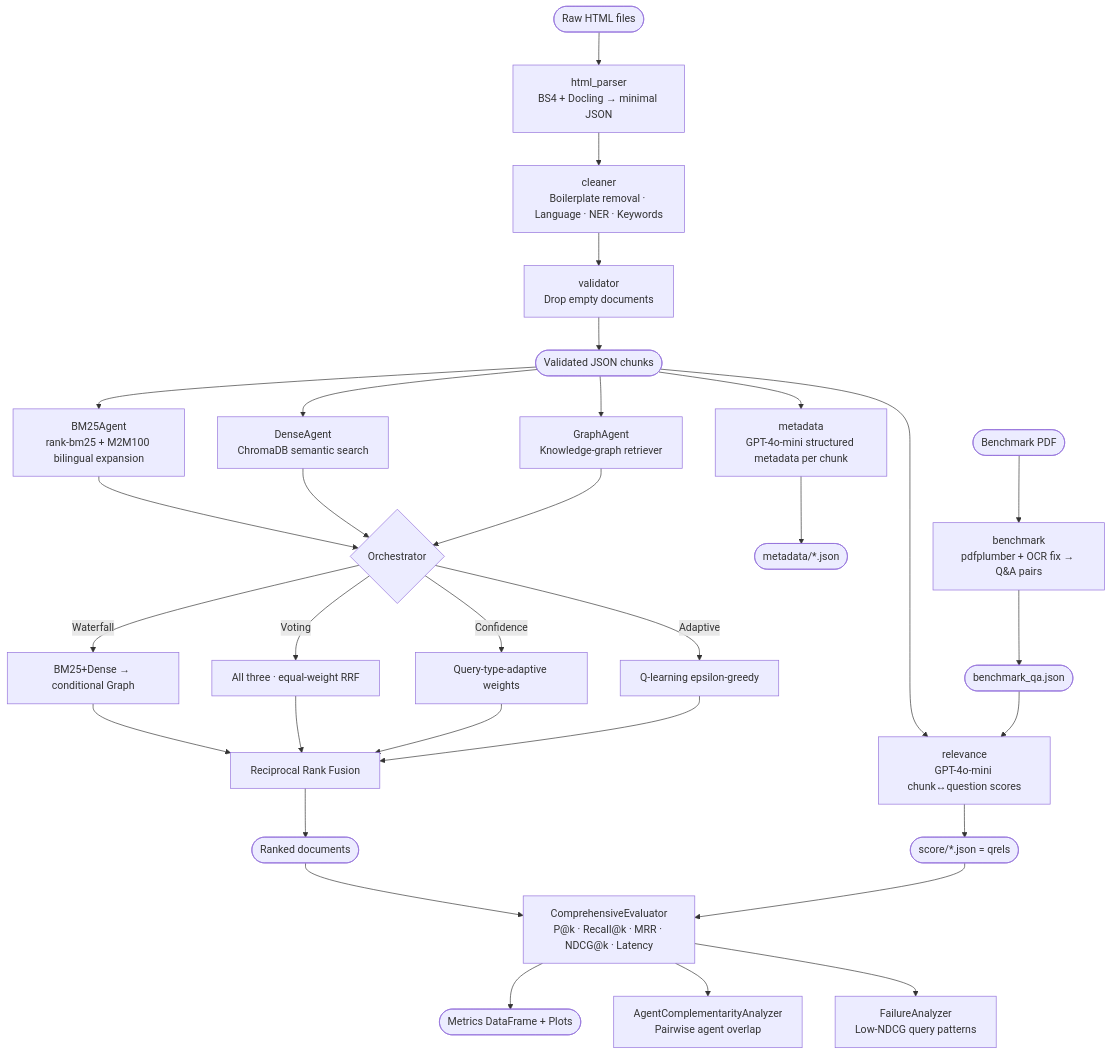
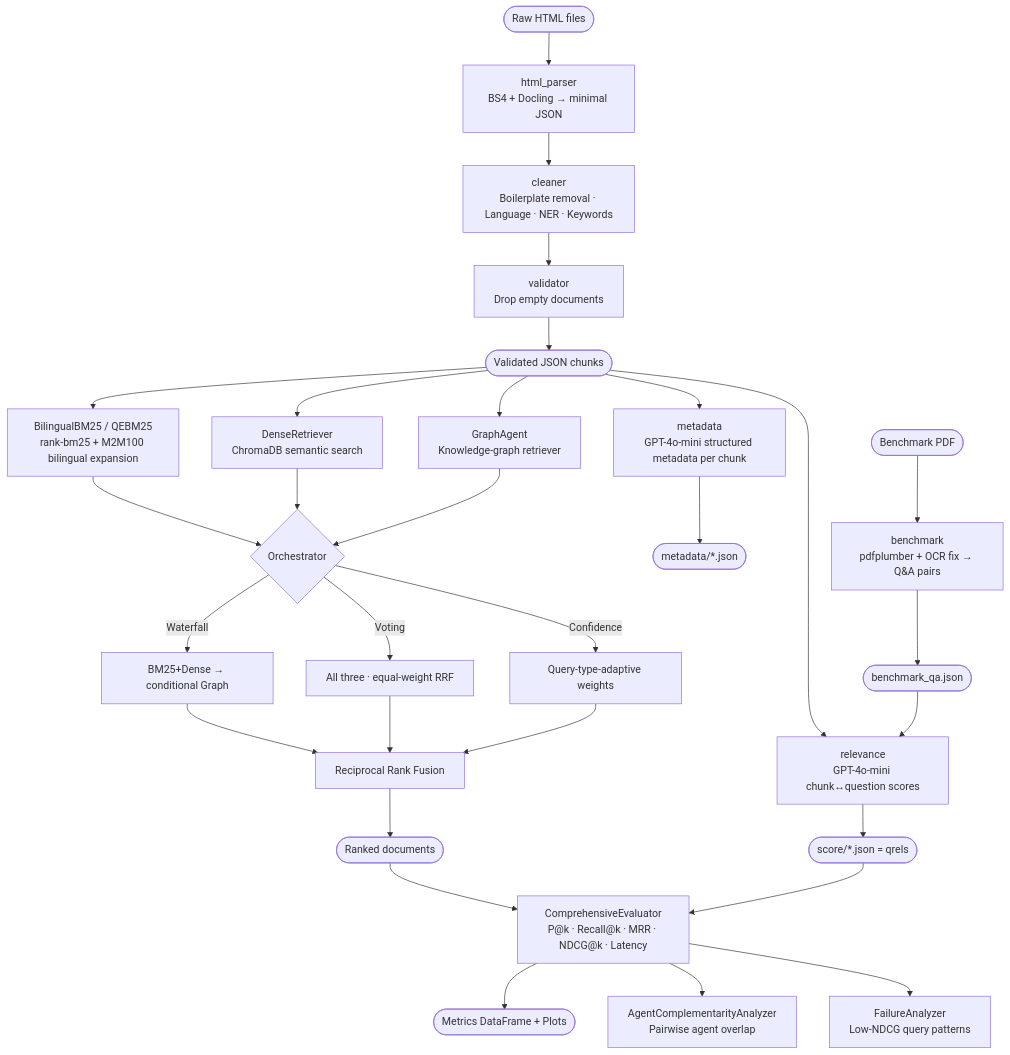
The diagram in baseline/package/README.md (dhub100/advanced-genai-rag), drawn with Mermaid before and after one commit. The commit also changed other lines of this file, not shown here.

````diff
--- a/baseline/package/README.md
+++ b/baseline/package/README.md
@@ -32,44 +31,42 @@
 ``` mermaid
 flowchart TD
     A([Raw HTML files]) --> B["html_parser\nBS4 + Docling → minimal JSON"]
     B --> C["cleaner\nBoilerplate removal · Language · NER · Keywords"]
     C --> D["validator\nDrop empty documents"]
     D --> E([Validated JSON chunks])
 
     F([Benchmark PDF]) --> G["benchmark\npdfplumber + OCR fix → Q&A pairs"]
     G --> H([benchmark_qa.json])
 
     E --> I["metadata\nGPT-4o-mini structured metadata per chunk"]
     I --> J([metadata/*.json])
 
     E --> K["relevance\nGPT-4o-mini chunk↔question scores"]
     H --> K
     K --> L([score/*.json = qrels])
 
-    E --> M["BM25Agent\nrank-bm25 + M2M100 bilingual expansion"]
-    E --> N["DenseAgent\nChromaDB semantic search"]
+    E --> M["BilingualBM25 / QEBM25\nrank-bm25 + M2M100 bilingual expansion"]
+    E --> N["DenseRetriever\nChromaDB semantic search"]
     E --> O["GraphAgent\nKnowledge-graph retriever"]
 
     M --> P{Orchestrator}
     N --> P
     O --> P
 
     P -->|Waterfall| Q[BM25+Dense → conditional Graph]
     P -->|Voting| R[All three · equal-weight RRF]
     P -->|Confidence| S[Query-type-adaptive weights]
-    P -->|Adaptive| T[Q-learning epsilon-greedy]
 
     Q --> U[Reciprocal Rank Fusion]
     R --> U
     S --> U
-    T --> U
 
     U --> V([Ranked documents])
 
     V --> W["ComprehensiveEvaluator\nP@k · Recall@k · MRR · NDCG@k · Latency"]
     L --> W
     W --> X([Metrics DataFrame + Plots])
 
     W --> Y["AgentComplementarityAnalyzer\nPairwise agent overlap"]
     W --> Z["FailureAnalyzer\nLow-NDCG query patterns"]
 ```
````
